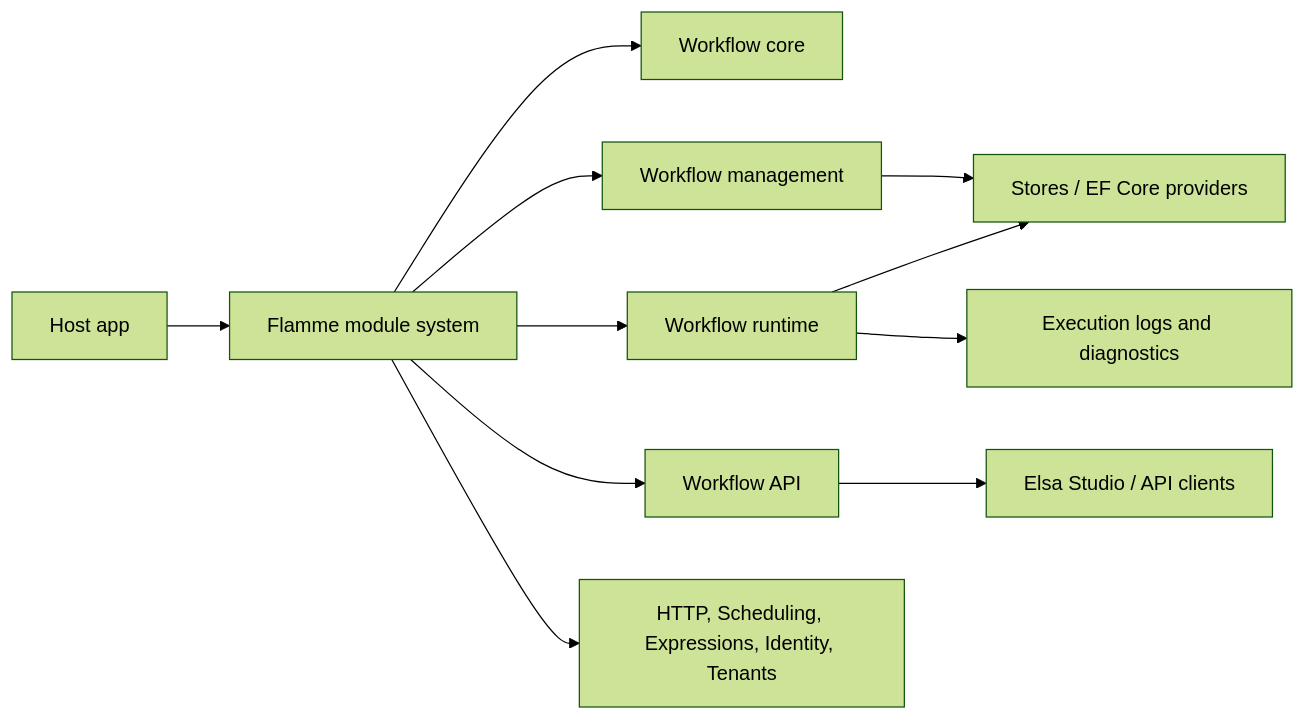
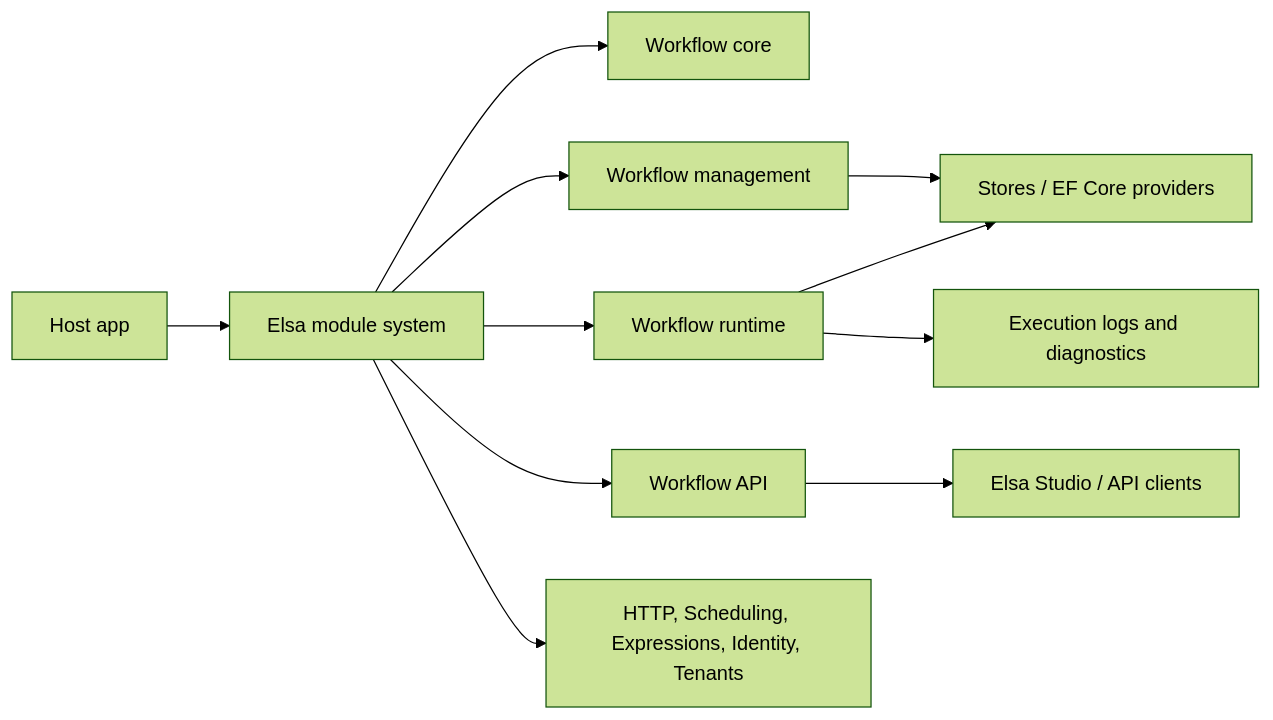
Before and after one commit to DenDeline/flamme-contributions: the diagram in doc/wiki/README.md, drawn with Mermaid (forest theme). The commit also changed other lines of this file and 786 other files, not shown here.

````diff
--- a/doc/wiki/README.md
+++ b/doc/wiki/README.md
@@ -23,13 +20,13 @@
 ```mermaid
 flowchart LR
-    App["Host app"] --> Module["Flamme module system"]
+    App["Host app"] --> Module["Elsa module system"]
     Module --> Core["Workflow core"]
     Module --> Management["Workflow management"]
     Module --> Runtime["Workflow runtime"]
     Module --> Api["Workflow API"]
     Module --> Extensions["HTTP, Scheduling, Expressions, Identity, Tenants"]
     Management --> Persistence["Stores / EF Core providers"]
     Runtime --> Persistence
     Runtime --> Logs["Execution logs and diagnostics"]
     Api --> Studio["Elsa Studio / API clients"]
 ```
````
